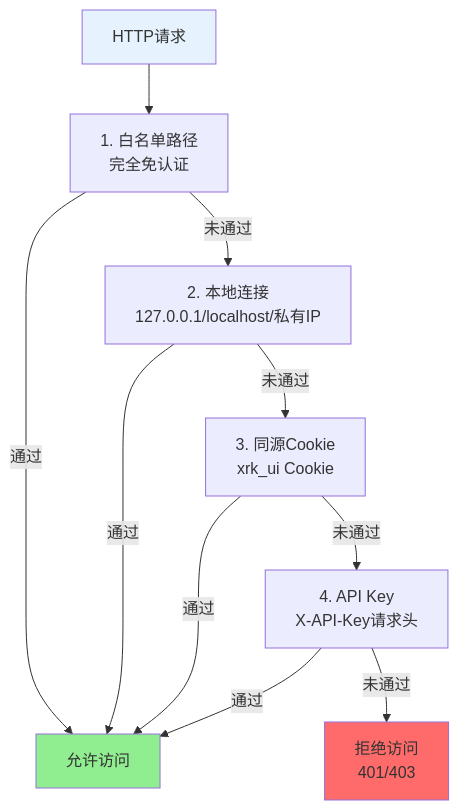
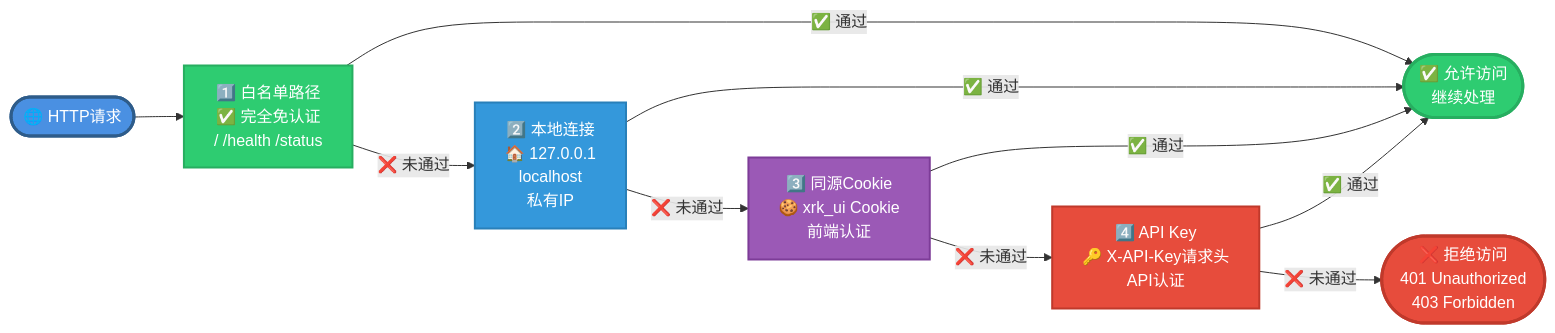
One commit to sunflowermm/XRK-AGT changed the tenth of 12 diagrams in docs/bot.md. Above: the diagram before and after it, drawn with Mermaid. The commit also changed other lines of this file and 9 other files, not shown here.

````diff
--- a/docs/bot.md
+++ b/docs/bot.md
@@ -457,16 +512,24 @@
 ```mermaid
-flowchart TD
-    Request["HTTP请求"] --> Check1["1. 白名单路径<br/>完全免认证"]
-    Check1 -->|通过| Allow[允许访问]
-    Check1 -->|未通过| Check2["2. 本地连接<br/>127.0.0.1/localhost/私有IP"]
-    Check2 -->|通过| Allow
-    Check2 -->|未通过| Check3["3. 同源Cookie<br/>xrk_ui Cookie"]
-    Check3 -->|通过| Allow
-    Check3 -->|未通过| Check4["4. API Key<br/>X-API-Key请求头"]
-    Check4 -->|通过| Allow
-    Check4 -->|未通过| Deny[拒绝访问<br/>401/403]
+flowchart LR
+    Request(["🌐 HTTP请求"]) --> Check1["1️⃣ 白名单路径<br/>✅ 完全免认证<br/>/ /health /status"]
     
-    style Request fill:#E6F3FF
-    style Allow fill:#90EE90
-    style Deny fill:#FF6B6B
+    Check1 -->|"✅ 通过"| Allow(["✅ 允许访问<br/>继续处理"])
+    Check1 -->|"❌ 未通过"| Check2["2️⃣ 本地连接<br/>🏠 127.0.0.1<br/>localhost<br/>私有IP"]
+    
+    Check2 -->|"✅ 通过"| Allow
+    Check2 -->|"❌ 未通过"| Check3["3️⃣ 同源Cookie<br/>🍪 xrk_ui Cookie<br/>前端认证"]
+    
+    Check3 -->|"✅ 通过"| Allow
+    Check3 -->|"❌ 未通过"| Check4["4️⃣ API Key<br/>🔑 X-API-Key请求头<br/>API认证"]
+    
+    Check4 -->|"✅ 通过"| Allow
+    Check4 -->|"❌ 未通过"| Deny(["❌ 拒绝访问<br/>401 Unauthorized<br/>403 Forbidden"])
+    
+    style Request fill:#4A90E2,stroke:#2E5C8A,stroke-width:3px,color:#fff
+    style Check1 fill:#2ECC71,stroke:#27AE60,stroke-width:2px,color:#fff
+    style Check2 fill:#3498DB,stroke:#2980B9,stroke-width:2px,color:#fff
+    style Check3 fill:#9B59B6,stroke:#7D3C98,stroke-width:2px,color:#fff
+    style Check4 fill:#E74C3C,stroke:#C0392B,stroke-width:2px,color:#fff
+    style Allow fill:#2ECC71,stroke:#27AE60,stroke-width:3px,color:#fff
+    style Deny fill:#E74C3C,stroke:#C0392B,stroke-width:3px,color:#fff
 ```
````
